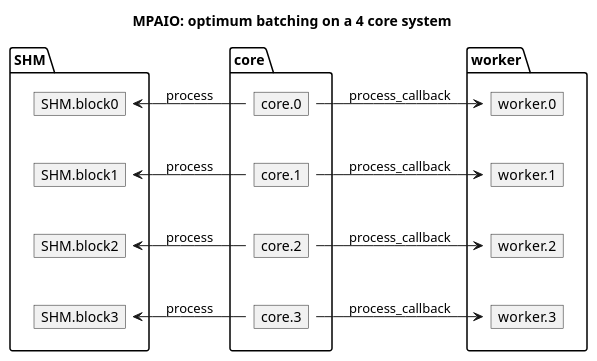
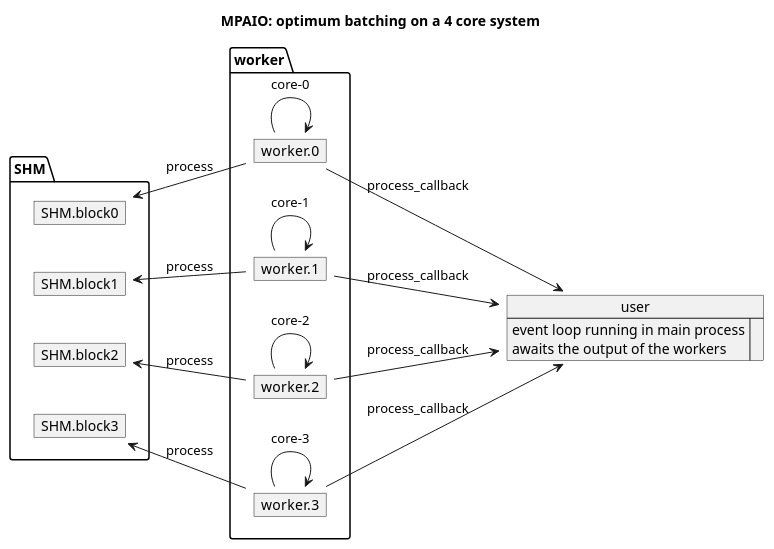
One commit to laker-93/mpaio changed the diagram in diagram.puml. Above: the diagram before and after it, drawn with PlantUML. The commit also changed 2 other files, not shown here.

Commit message:
update readme, add diagram and bump to version 1.0.0

```diff
--- a/diagram.puml
+++ b/diagram.puml
@@ -1,42 +1,43 @@
 @startuml
 left to right direction
 ' Horizontal lines: -->, <--, <-->
 ' Vertical lines: ->, <-, <->
 title MPAIO: optimum batching on a 4 core system
 
 map SHM.block0 {
 }
 map SHM.block1 {
 }
 map SHM.block2 {
 }
 map SHM.block3 {
 }
-map core.0 {
+map user {
+event loop running in main process\nawaits the output of the workers =>
 }
-map core.1 {
-}
-map core.2 {
-}
-map core.3 {
-}
+
 map worker.0 {
 }
 map worker.1 {
 }
 map worker.2 {
 }
 map worker.3 {
 }
 
-SHM.block0 <-- core.0 : process
-SHM.block1 <-- core.1 : process
-SHM.block2 <-- core.2 : process
-SHM.block3 <-- core.3 : process
+SHM.block0 <-- worker.0 : process
+SHM.block1 <-- worker.1 : process
+SHM.block2 <-- worker.2 : process
+SHM.block3 <-- worker.3 : process
 
-core.0 --> worker.0 : process_callback
-core.1 --> worker.1 : process_callback
-core.2 --> worker.2 : process_callback
-core.3 --> worker.3 : process_callback
+worker.0 --> worker.0 : core-0
+worker.1 --> worker.1 : core-1
+worker.2 --> worker.2 : core-2
+worker.3 --> worker.3 : core-3
+
+worker.0 --> user : process_callback
+worker.1 --> user : process_callback
+worker.2 --> user : process_callback
+worker.3 --> user : process_callback
 
 @enduml
```
